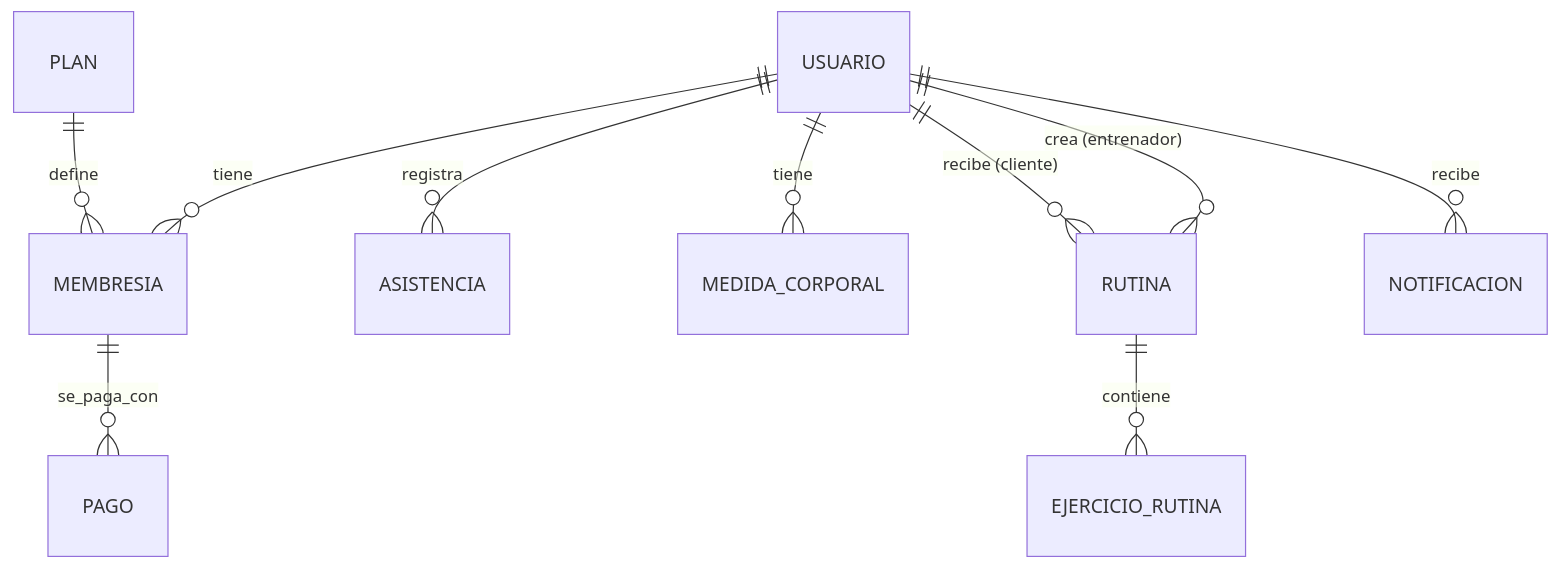
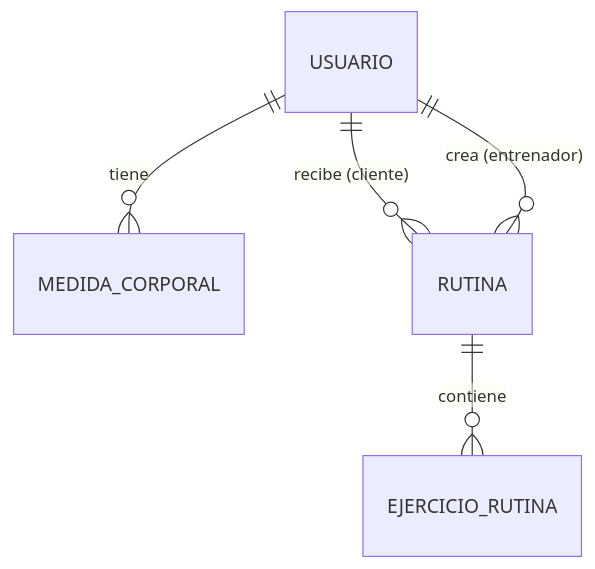
The second of 2 diagrams in docs/modelo-datos.md (avilla0x/gympro), drawn with Mermaid before and after one commit. The commit also changed other lines of this file and 41 other files, not shown here.

````diff
--- a/docs/modelo-datos.md
+++ b/docs/modelo-datos.md
@@ -7,12 +73,7 @@
 ```mermaid
 erDiagram
-    USUARIO ||--o{ MEMBRESIA : tiene
-    PLAN ||--o{ MEMBRESIA : define
-    MEMBRESIA ||--o{ PAGO : se_paga_con
-    USUARIO ||--o{ ASISTENCIA : registra
-    USUARIO ||--o{ MEDIDA_CORPORAL : tiene
+    USUARIO ||--o{ MEDIDA_CORPORAL : "tiene"
     USUARIO ||--o{ RUTINA : "recibe (cliente)"
     USUARIO ||--o{ RUTINA : "crea (entrenador)"
-    RUTINA ||--o{ EJERCICIO_RUTINA : contiene
-    USUARIO ||--o{ NOTIFICACION : recibe
+    RUTINA ||--o{ EJERCICIO_RUTINA : "contiene"
 ```
````
